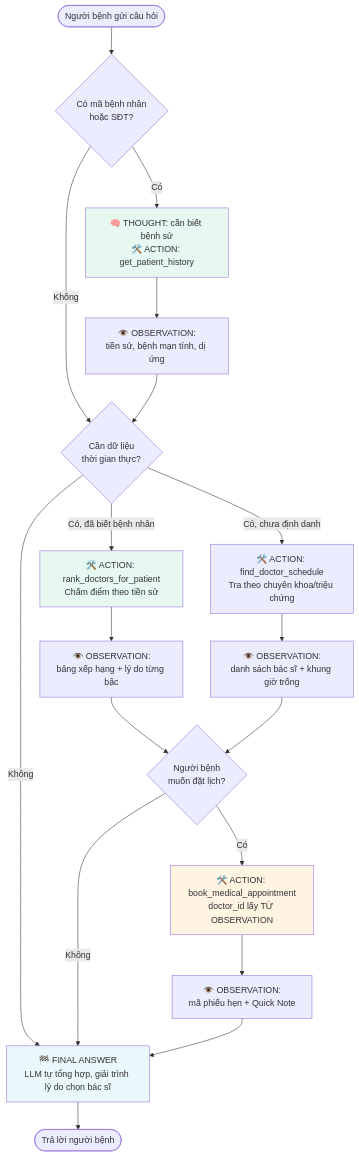
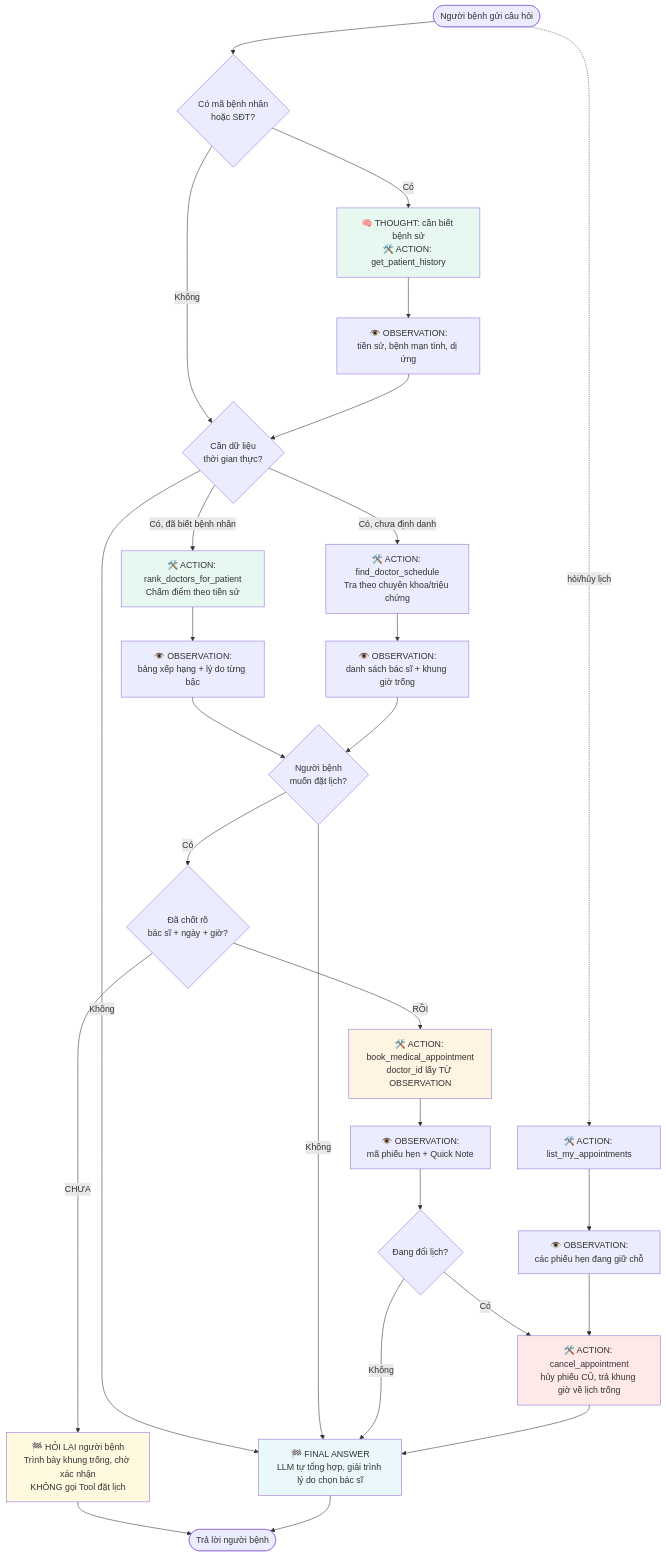
One commit to songiangvn/K4-DAY03-NguyenSonGiang-2A202602747 changed the second of 2 diagrams in docs/DEMO_GUIDE.md. Above: the diagram before and after it, drawn with Mermaid. The commit also changed other lines of this file and 1 other file, not shown here.

First line of the commit message:
docs: dong bo tai lieu voi 6 tool va co che xac nhan truoc khi dat lich

````diff
--- a/docs/DEMO_GUIDE.md
+++ b/docs/DEMO_GUIDE.md
@@ -202,33 +202,47 @@
 ```mermaid
 flowchart TD
     Start([Người bệnh gửi câu hỏi]) --> Mem{Có mã bệnh nhân<br/>hoặc SĐT?}
 
     Mem -->|Có| H["🧠 THOUGHT: cần biết bệnh sử<br/>🛠️ ACTION: get_patient_history"]
     Mem -->|Không| Ask
     H --> HObs["👁️ OBSERVATION:<br/>tiền sử, bệnh mạn tính, dị ứng"]
     HObs --> Ask
 
     Ask{Cần dữ liệu<br/>thời gian thực?}
     Ask -->|Không| Final
     Ask -->|Có, đã biết bệnh nhân| Rank["🛠️ ACTION: rank_doctors_for_patient<br/>Chấm điểm theo tiền sử"]
     Ask -->|Có, chưa định danh| Find["🛠️ ACTION: find_doctor_schedule<br/>Tra theo chuyên khoa/triệu chứng"]
 
     Rank --> RObs["👁️ OBSERVATION:<br/>bảng xếp hạng + lý do từng bậc"]
     Find --> FObs["👁️ OBSERVATION:<br/>danh sách bác sĩ + khung giờ trống"]
 
     RObs --> Book{Người bệnh<br/>muốn đặt lịch?}
     FObs --> Book
 
     Book -->|Không| Final
-    Book -->|Có| B["🛠️ ACTION: book_medical_appointment<br/>doctor_id lấy TỪ OBSERVATION"]
+    Book -->|Có| Confirm{Đã chốt rõ<br/>bác sĩ + ngày + giờ?}
+
+    Confirm -->|CHƯA| AskUser["🏁 HỎI LẠI người bệnh<br/>Trình bày khung trống, chờ xác nhận<br/>KHÔNG gọi Tool đặt lịch"]
+    AskUser --> End
+
+    Confirm -->|RỒI| B["🛠️ ACTION: book_medical_appointment<br/>doctor_id lấy TỪ OBSERVATION"]
     B --> BObs["👁️ OBSERVATION:<br/>mã phiếu hẹn + Quick Note"]
-    BObs --> Final
+    BObs --> Old{Đang đổi lịch?}
+    Old -->|Không| Final
+    Old -->|Có| C["🛠️ ACTION: cancel_appointment<br/>hủy phiếu CŨ, trả khung giờ về lịch trống"]
+    C --> Final
+
+    Start -.->|"hỏi/hủy lịch"| L["🛠️ ACTION: list_my_appointments"]
+    L --> LObs["👁️ OBSERVATION:<br/>các phiếu hẹn đang giữ chỗ"]
+    LObs --> C
 
     Final["🏁 FINAL ANSWER<br/>LLM tự tổng hợp, giải trình lý do chọn bác sĩ"]
     Final --> End([Trả lời người bệnh])
 
     style H fill:#e7f8f0
     style Rank fill:#e7f8f0
     style B fill:#fff4e2
+    style C fill:#ffe8e8
+    style AskUser fill:#fff9e0
     style Final fill:#eaf7fb
 ```
````
